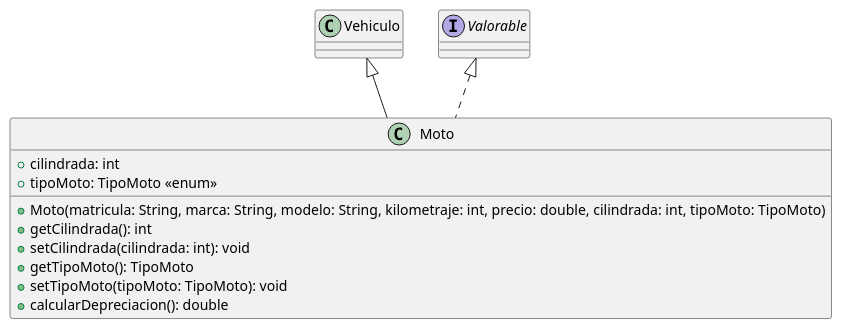
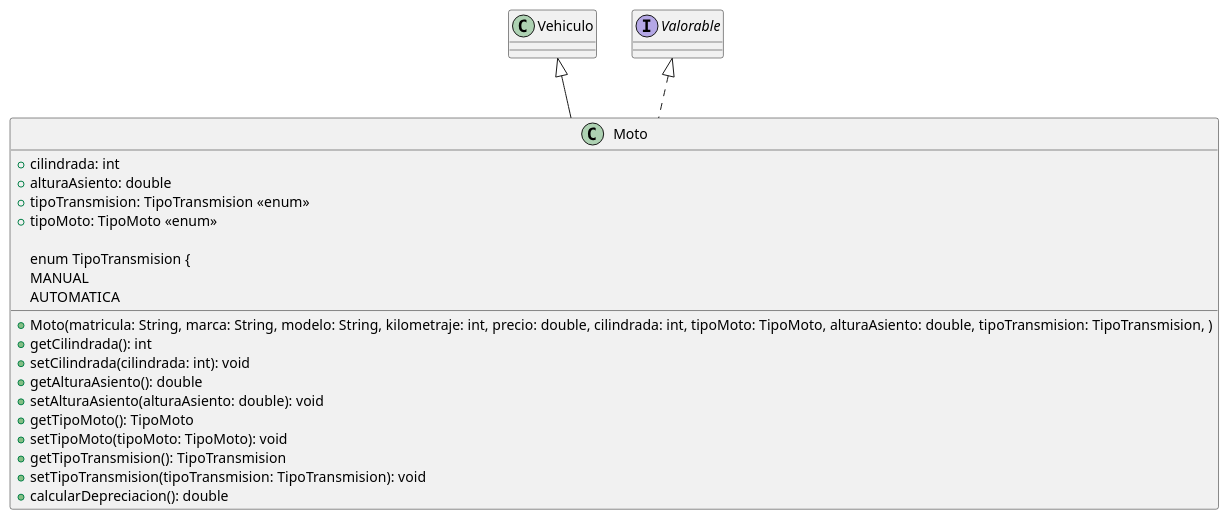
The diagram in uml/Moto.puml (crobles98/UT5_ED_Prog), drawn with PlantUML before and after one commit.

Commit message:
Añadir atributos y métodos

```diff
--- a/uml/Moto.puml
+++ b/uml/Moto.puml
@@ -1,12 +1,22 @@
 @startuml
 class Moto extends Vehiculo implements Valorable {
   + cilindrada: int
+  + alturaAsiento: double
+  + tipoTransmision: TipoTransmision <<enum>>
   + tipoMoto: TipoMoto <<enum>>
-  + Moto(matricula: String, marca: String, modelo: String, kilometraje: int, precio: double, cilindrada: int, tipoMoto: TipoMoto)
+  + Moto(matricula: String, marca: String, modelo: String, kilometraje: int, precio: double, cilindrada: int, tipoMoto: TipoMoto, alturaAsiento: double, tipoTransmision: TipoTransmision, )
   + getCilindrada(): int
   + setCilindrada(cilindrada: int): void
+  + getAlturaAsiento(): double
+  + setAlturaAsiento(alturaAsiento: double): void
   + getTipoMoto(): TipoMoto
   + setTipoMoto(tipoMoto: TipoMoto): void
+  + getTipoTransmision(): TipoTransmision
+  + setTipoTransmision(tipoTransmision: TipoTransmision): void
   + calcularDepreciacion(): double
+
+enum TipoTransmision {
+  MANUAL
+  AUTOMATICA
 }
 @enduml
```
